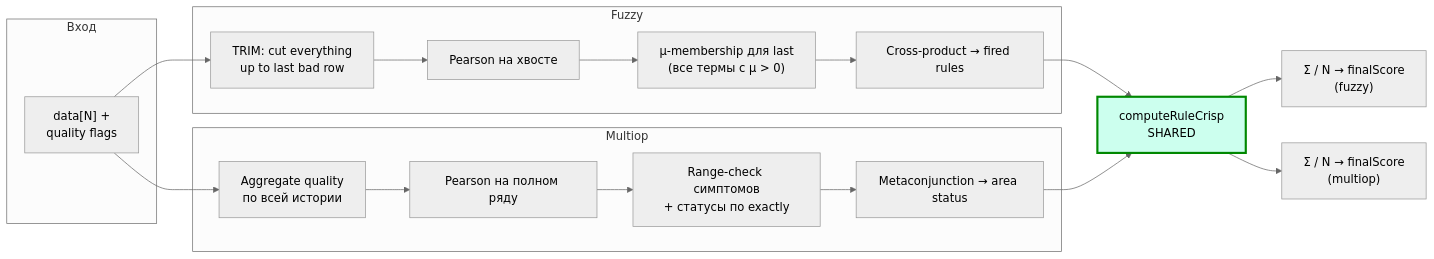
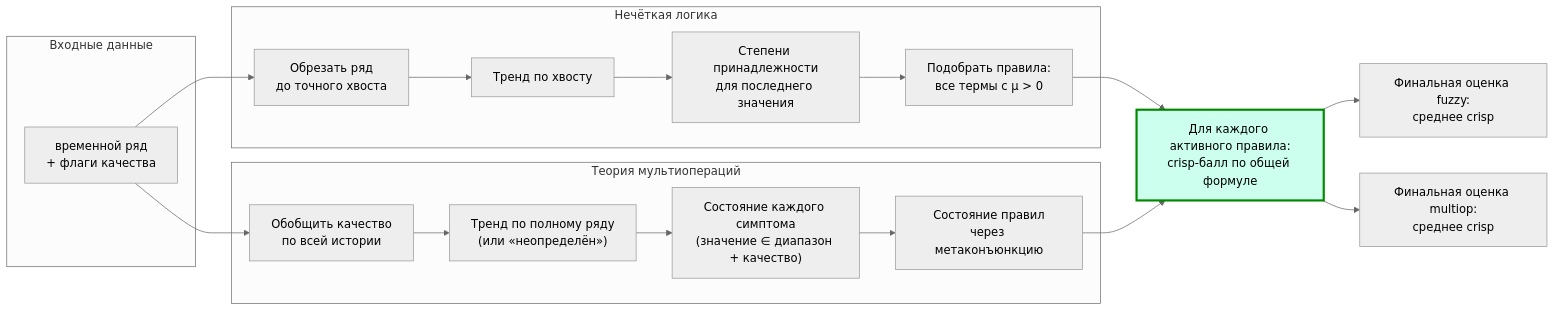
One commit to arishkaa05/Supplier-Evaluation-System changed the fourth of 4 diagrams in samples/test-cases/FLOWCHARTS.md. Above: the diagram before and after it, drawn with Mermaid (neutral theme). The commit also changed other lines of this file, not shown here.

First line of the commit message:
docs(FLOWCHARTS): rewrite blocks with plain-language descriptions

````diff
--- a/samples/test-cases/FLOWCHARTS.md
+++ b/samples/test-cases/FLOWCHARTS.md
@@ -173,33 +165,33 @@
 ```mermaid
 flowchart LR
-    subgraph IN ["Вход"]
-        DATA["data[N] +<br/>quality flags"]
+    subgraph IN ["Входные данные"]
+        DATA["временной ряд<br/>+ флаги качества"]
     end
 
     DATA --> F1
     DATA --> M1
 
-    subgraph FUZZY ["Fuzzy"]
-        F1["TRIM: cut everything<br/>up to last bad row"]
-        F2["Pearson на хвосте"]
-        F3["μ-membership для last<br/>(все термы с μ &gt; 0)"]
-        F4["Cross-product → fired rules"]
+    subgraph FUZZY ["Нечёткая логика"]
+        F1["Обрезать ряд<br/>до точного хвоста"]
+        F2["Тренд по хвосту"]
+        F3["Степени принадлежности<br/>для последнего значения"]
+        F4["Подобрать правила:<br/>все термы с μ &gt; 0"]
         F1 --> F2 --> F3 --> F4
     end
 
-    subgraph MULTI ["Multiop"]
-        M1["Aggregate quality<br/>по всей истории"]
-        M2["Pearson на полном ряду"]
-        M3["Range-check симптомов<br/>+ статусы по exactly"]
-        M4["Metaconjunction → area status"]
+    subgraph MULTI ["Теория мультиопераций"]
+        M1["Обобщить качество<br/>по всей истории"]
+        M2["Тренд по полному ряду<br/>(или «неопределён»)"]
+        M3["Состояние каждого симптома<br/>(значение ∈ диапазон + качество)"]
+        M4["Состояние правил<br/>через метаконъюнкцию"]
         M1 --> M2 --> M3 --> M4
     end
 
-    F4 --> CC["computeRuleCrisp<br/>SHARED"]
+    F4 --> CC["Для каждого активного правила:<br/>crisp-балл по общей формуле"]
     M4 --> CC
 
-    CC --> SF["Σ / N → finalScore<br/>(fuzzy)"]
-    CC --> SM["Σ / N → finalScore<br/>(multiop)"]
+    CC --> SF["Финальная оценка fuzzy:<br/>среднее crisp"]
+    CC --> SM["Финальная оценка multiop:<br/>среднее crisp"]
 
     style CC fill:#cfe,stroke:#080,stroke-width:3px
 ```
````
